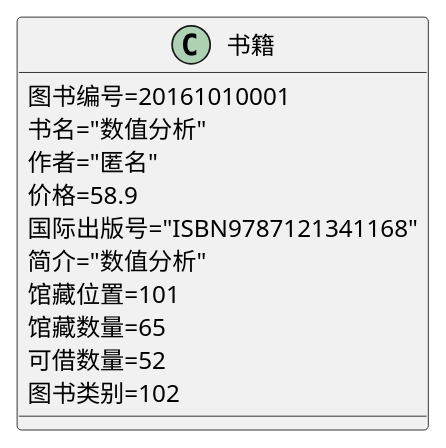
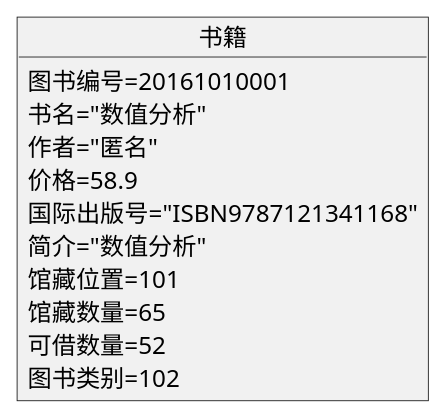
One commit to YYttaa/is_analysis-2 changed the diagram in test3/puml/book.puml. Above: the diagram before and after it, drawn with PlantUML. The commit also changed 18 other files, not shown here.

```diff
--- a/test3/puml/book.puml
+++ b/test3/puml/book.puml
@@ -1,14 +1,14 @@
 @startuml
-class 书籍{
+object 书籍{
     图书编号=20161010001
     书名="数值分析"
     作者="匿名"
     价格=58.9
     国际出版号="ISBN9787121341168"
     简介="数值分析"
     馆藏位置=101
     馆藏数量=65
     可借数量=52
     图书类别=102
  }
 @enduml
```
